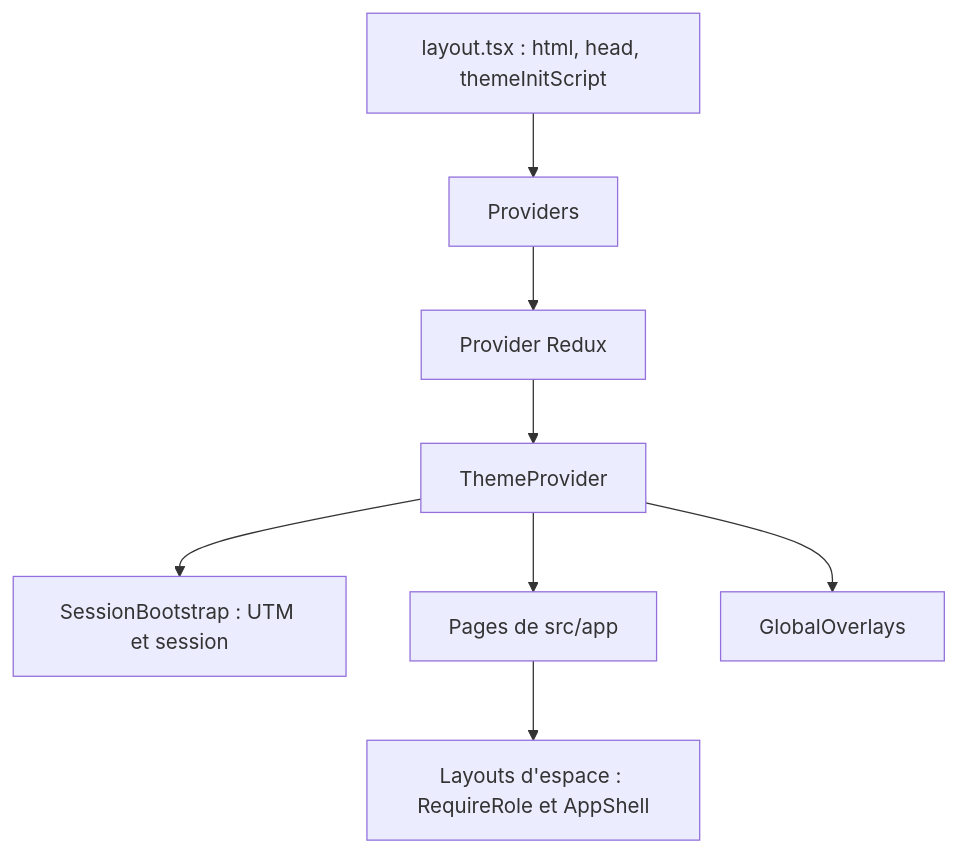
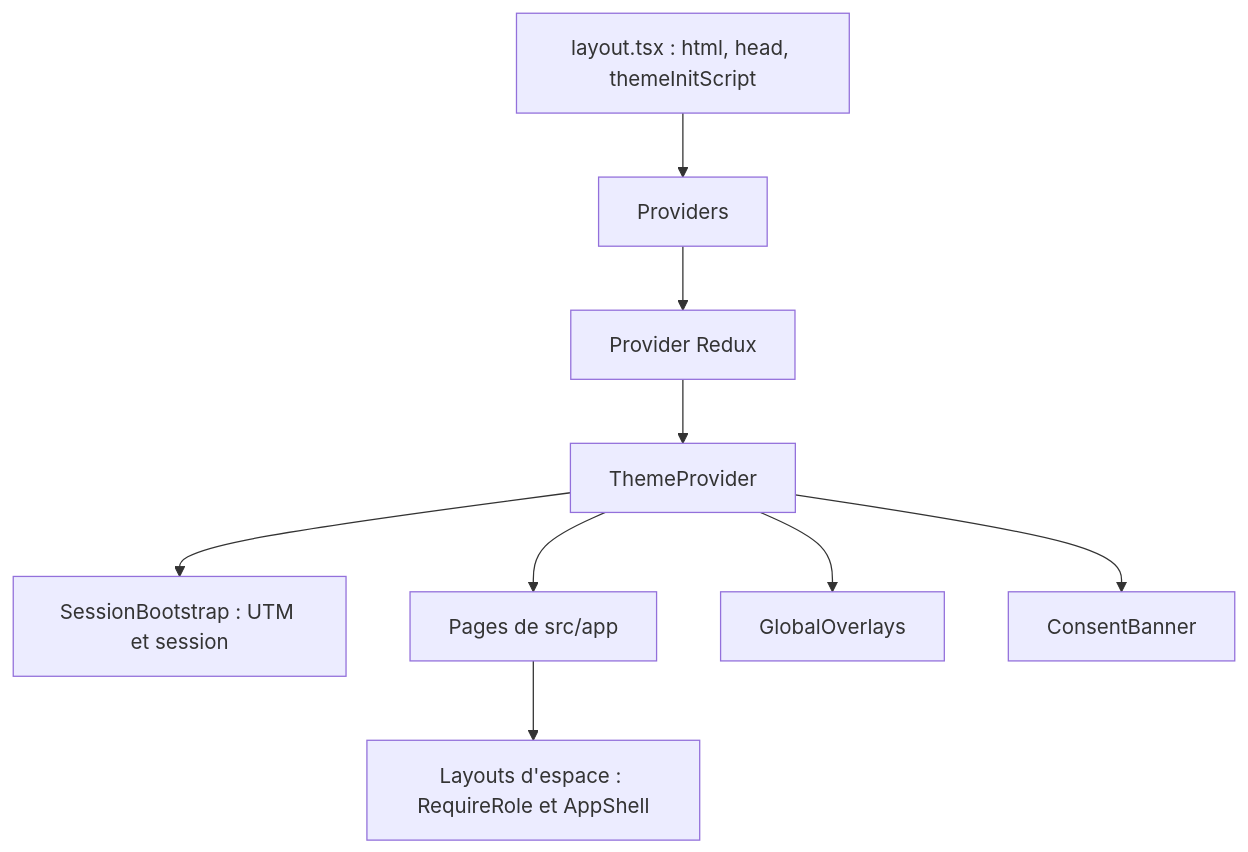
Before and after one commit to MarceauTDML/BlockLucky: the diagram in documentation-officielle/content/web/structure.md, drawn with Mermaid. The commit also changed other lines of this file and 402 other files, not shown here.

````diff
--- a/documentation-officielle/content/web/structure.md
+++ b/documentation-officielle/content/web/structure.md
@@ -72,10 +76,11 @@
 ```mermaid
 flowchart TD
   L["layout.tsx : html, head, themeInitScript"] --> P["Providers"]
   P --> R["Provider Redux"]
   R --> T["ThemeProvider"]
   T --> S["SessionBootstrap : UTM et session"]
   T --> C["Pages de src/app"]
   T --> O["GlobalOverlays"]
+  T --> B["ConsentBanner"]
   C --> G["Layouts d'espace : RequireRole et AppShell"]
 ```
````
